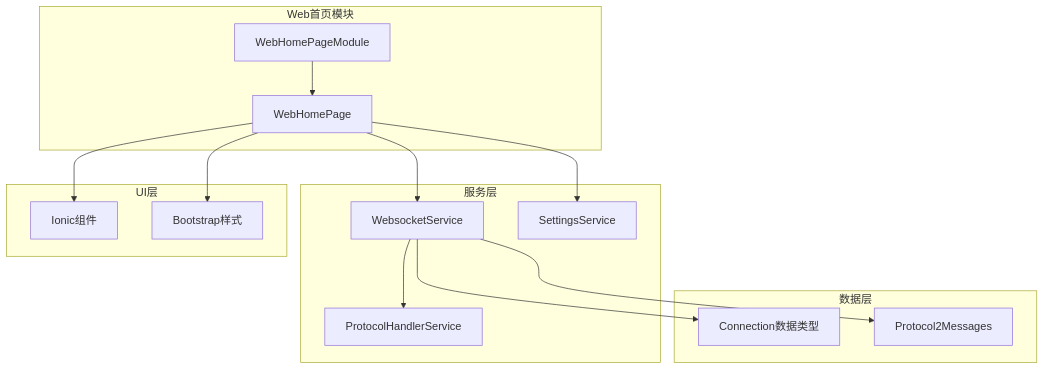
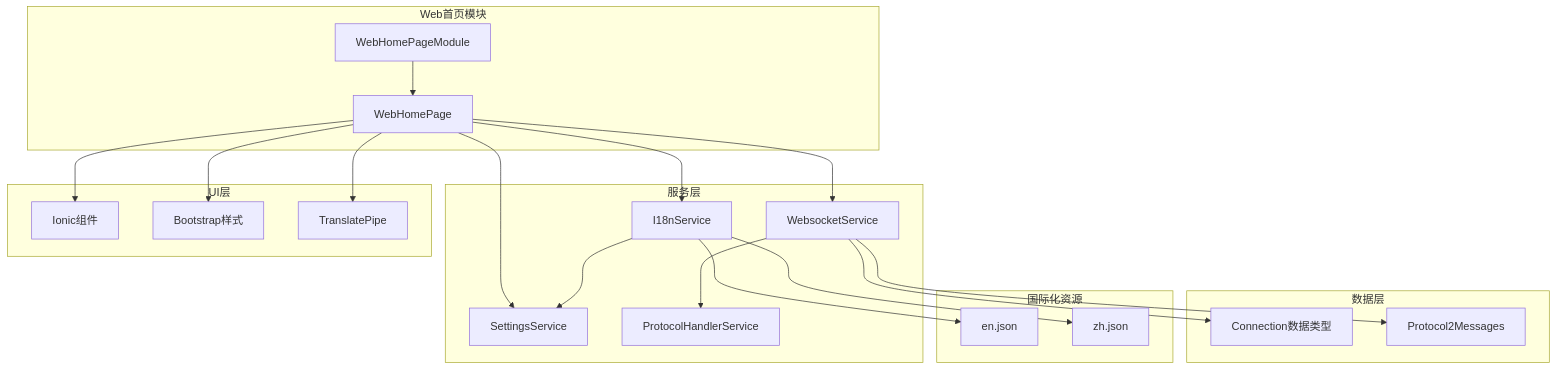
Diagram 12 of 12 in .qoder/repowiki/zh/content/架构设计/模块化设计/页面模块/Web首页模块.md (tea4go/Macro-Deck-Client-App), drawn with Mermaid before and after one commit. The commit also changed other lines of this file and 15 other files, not shown here.

````diff
--- a/.qoder/repowiki/zh/content/架构设计/模块化设计/页面模块/Web首页模块.md
+++ b/.qoder/repowiki/zh/content/架构设计/模块化设计/页面模块/Web首页模块.md
@@ -395,28 +580,39 @@
 ```mermaid
 graph TB
 subgraph "Web首页模块"
 WHM[WebHomePageModule]
 WHP[WebHomePage]
 end
 subgraph "服务层"
 WS[WebsocketService]
 SS[SettingsService]
+IS[I18nService]
 PS[ProtocolHandlerService]
 end
 subgraph "数据层"
 Conn[Connection数据类型]
 Msg[Protocol2Messages]
 end
 subgraph "UI层"
 Ion[Ionic组件]
 Boot[Bootstrap样式]
+Translate[TranslatePipe]
+end
+subgraph "国际化资源"
+EN[en.json]
+ZH[zh.json]
 end
 WHM --> WHP
 WHP --> WS
 WHP --> SS
+WHP --> IS
+IS --> SS
+IS --> EN
+IS --> ZH
 WS --> PS
 WS --> Conn
 WS --> Msg
 WHP --> Ion
 WHP --> Boot
+WHP --> Translate
 ```
````
